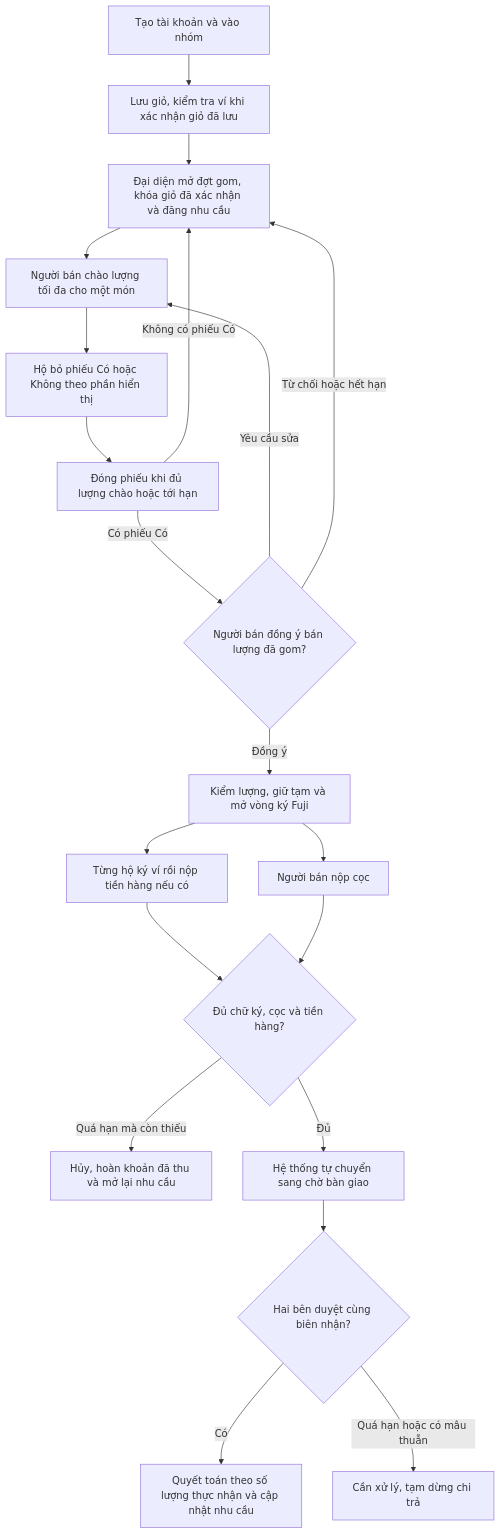
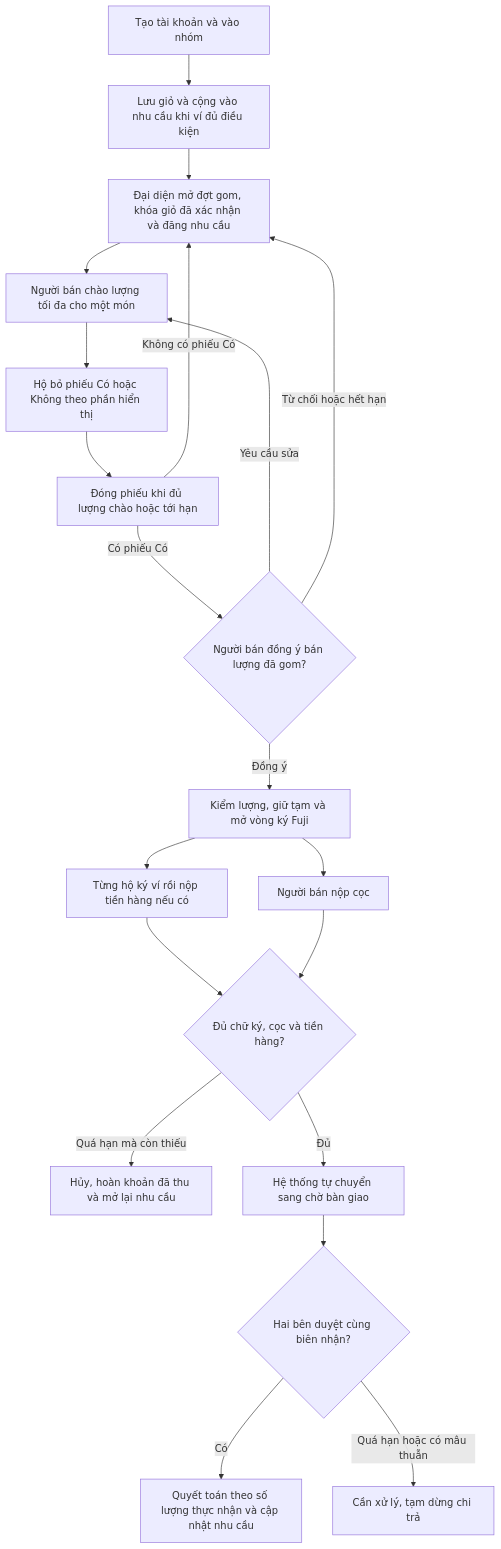
The diagram in docs/OOPS-Spec.md (hmintrun/OOPS), drawn with Mermaid before and after one commit. The commit also changed other lines of this file and 19 other files, not shown here.

````diff
--- a/docs/OOPS-Spec.md
+++ b/docs/OOPS-Spec.md
@@ -69,22 +69,22 @@
 ```mermaid
 flowchart TD
-    A["Tạo tài khoản và vào nhóm"] --> B["Lưu giỏ, kiểm tra ví khi xác nhận giỏ đã lưu"]
+    A["Tạo tài khoản và vào nhóm"] --> B["Lưu giỏ và cộng vào nhu cầu khi ví đủ điều kiện"]
     B --> C["Đại diện mở đợt gom, khóa giỏ đã xác nhận và đăng nhu cầu"]
     C --> D["Người bán chào lượng tối đa cho một món"]
     D --> E["Hộ bỏ phiếu Có hoặc Không theo phần hiển thị"]
     E --> F["Đóng phiếu khi đủ lượng chào hoặc tới hạn"]
     F -->|Có phiếu Có| S{"Người bán đồng ý bán lượng đã gom?"}
     F -->|Không có phiếu Có| C
     S -->|Yêu cầu sửa| D
     S -->|Từ chối hoặc hết hạn| C
     S -->|Đồng ý| U["Kiểm lượng, giữ tạm và mở vòng ký Fuji"]
     U --> H["Từng hộ ký ví rồi nộp tiền hàng nếu có"]
     U --> P["Người bán nộp cọc"]
     H --> G{"Đủ chữ ký, cọc và tiền hàng?"}
     P --> G
     G -->|Quá hạn mà còn thiếu| R["Hủy, hoàn khoản đã thu và mở lại nhu cầu"]
     G -->|Đủ| I["Hệ thống tự chuyển sang chờ bàn giao"]
     I --> J{"Hai bên duyệt cùng biên nhận?"}
     J -->|Có| K["Quyết toán theo số lượng thực nhận và cập nhật nhu cầu"]
     J -->|Quá hạn hoặc có mâu thuẫn| L["Cần xử lý, tạm dừng chi trả"]
 ```
````
